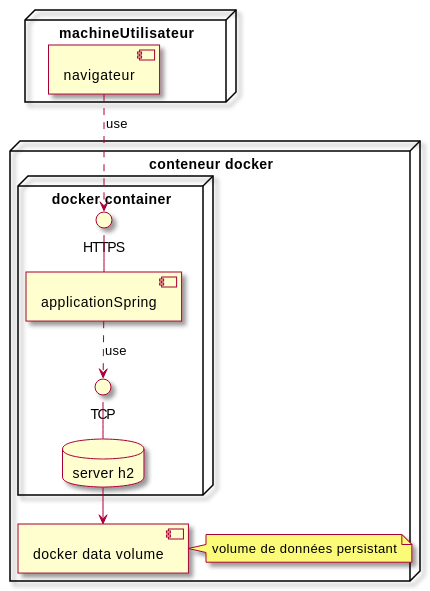
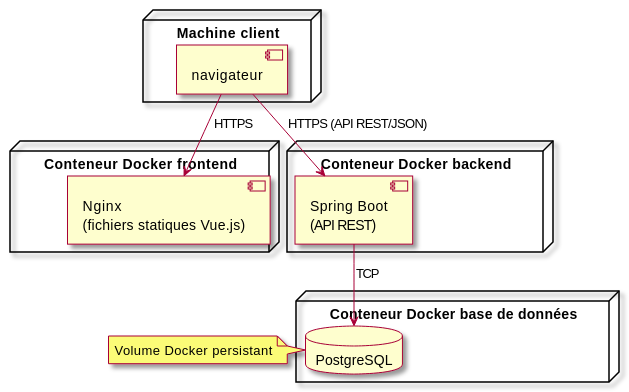
One commit to mrajaonson/glg204-room-management-system changed the second of 4 diagrams in docs/03-Conception.md. Above: the diagram before and after it, drawn with PlantUML. The commit also changed other lines of this file, not shown here.

```diff
--- a/docs/03-Conception.md
+++ b/docs/03-Conception.md
@@ -341,32 +244,30 @@
 ~~~plantuml
-@startuml deploiement
+@startuml deploiement_simple
 !pragma layout smetana
 skin rose
 
-node machineUtilisateur {
-  component navigateur {
-  }
+node "Machine client" {
+  component navigateur
 }
 
-node "conteneur docker" {
-node "docker container" {
-  component applicationSpring {
-  }
-  HTTPS -- [applicationSpring]
-  database "server h2" as h2
-  TCP -- [h2]
+node "Conteneur Docker frontend" {
+  component "Nginx\n(fichiers statiques Vue.js)" as nginx
 }
 
-component "docker data volume" as vol {
+node "Conteneur Docker backend" {
+  component "Spring Boot\n(API REST)" as spring
 }
 
-  [applicationSpring] ..> TCP : use
-  [navigateur] ..> HTTPS : use
+node "Conteneur Docker base de données" {
+  database "PostgreSQL" as db
+}
 
-  h2 --> vol
-  note right of vol
-    volume de données persistant
-  end note
+navigateur --> nginx : HTTPS
+navigateur --> spring : HTTPS (API REST/JSON)
+spring --> db : TCP
+
+note right of db
+  Volume Docker persistant
+end note
 @enduml
-}
 ~~~
```
